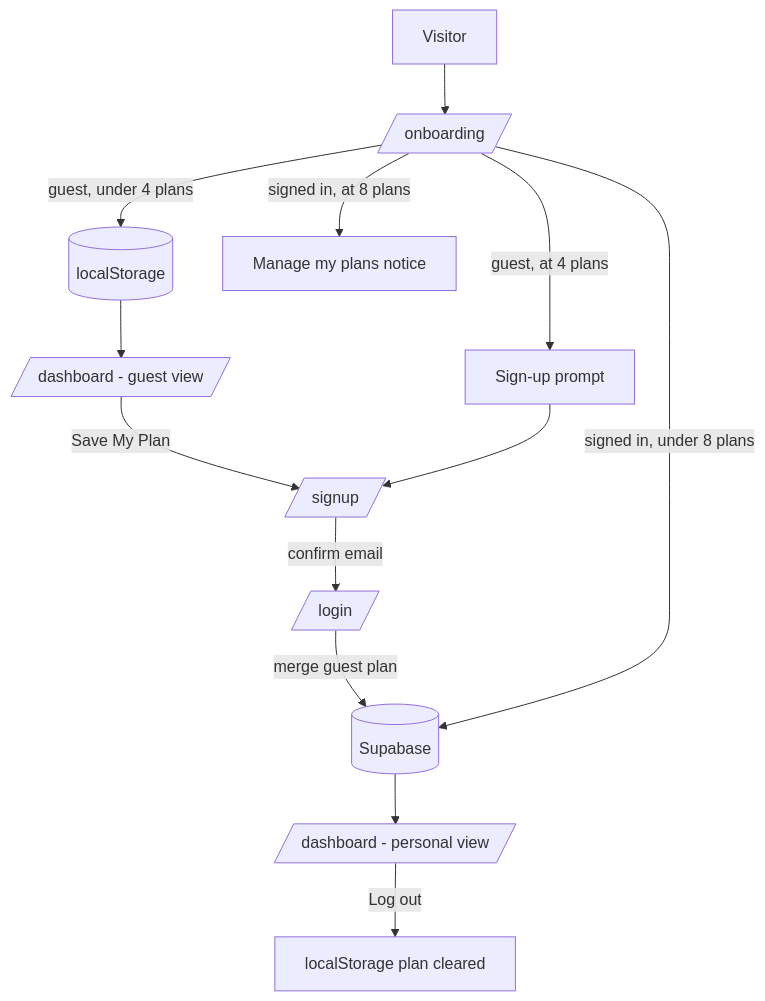
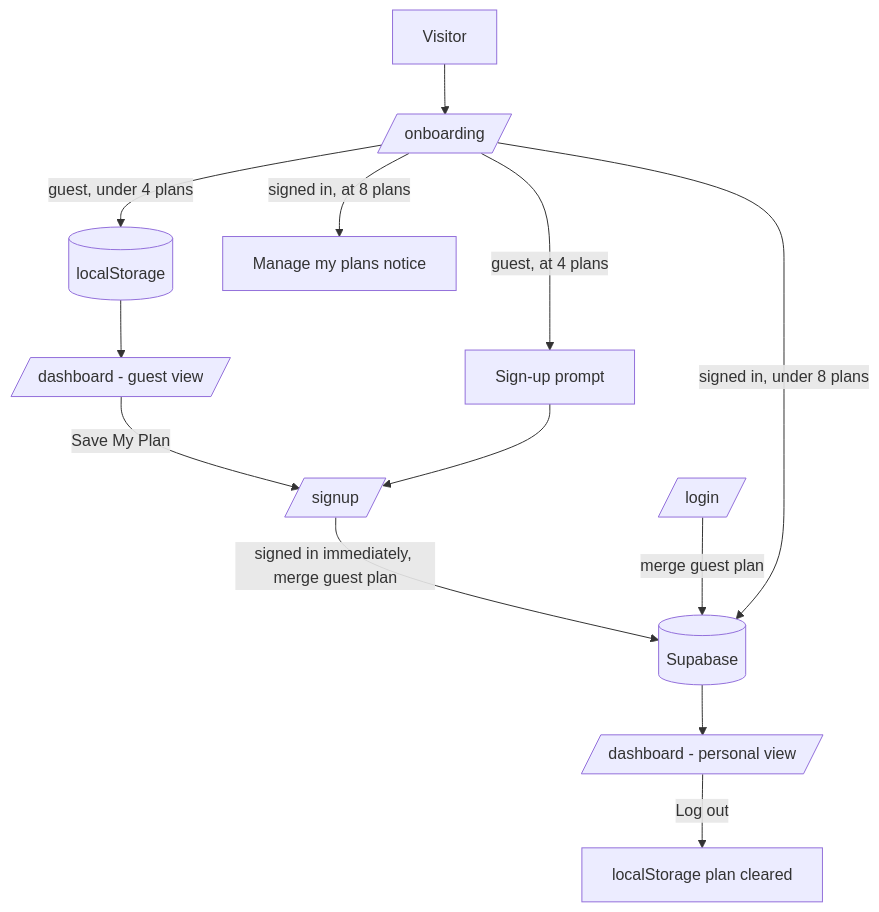
One commit to Josie-Accessibility-Initiatives/my-caribbean-companion changed the diagram in docs/guest-vs-signed-in.md. Above: the diagram before and after it, drawn with Mermaid. The commit also changed other lines of this file and 21 other files, not shown here.

First line of the commit message:
Limit AI Companion to signed-in users and tidy auth flows (#11)

````diff
--- a/docs/guest-vs-signed-in.md
+++ b/docs/guest-vs-signed-in.md
@@ -90,15 +93,15 @@
 ```mermaid
 flowchart TD
     A[Visitor] --> B[/onboarding/]
     B -->|guest, under 4 plans| C[(localStorage)]
     B -->|guest, at 4 plans| D[Sign-up prompt]
     C --> E[/dashboard - guest view/]
     E -->|Save My Plan| F[/signup/]
     D --> F
-    F -->|confirm email| G[/login/]
-    G -->|merge guest plan| H[(Supabase)]
+    F -->|signed in immediately, merge guest plan| H[(Supabase)]
+    G[/login/] -->|merge guest plan| H
     H --> I[/dashboard - personal view/]
     B -->|signed in, under 8 plans| H
     B -->|signed in, at 8 plans| J[Manage my plans notice]
     I -->|Log out| K[localStorage plan cleared]
 ```
````
